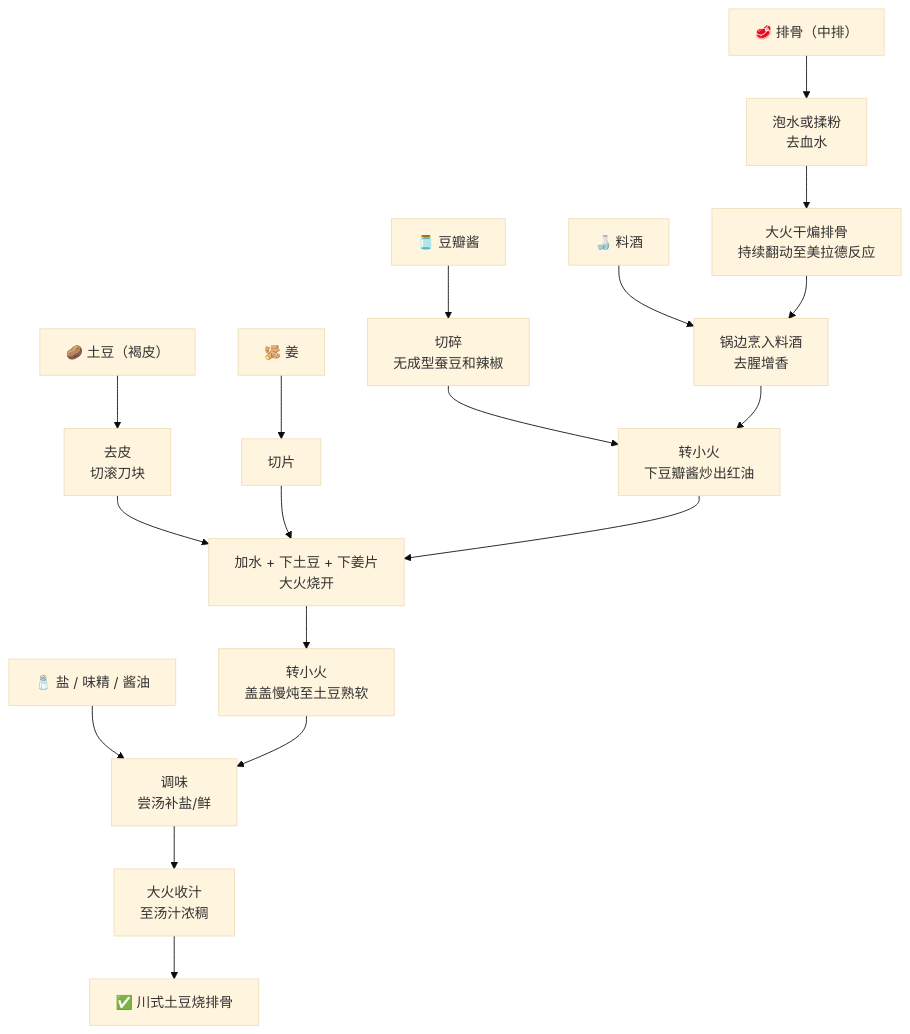
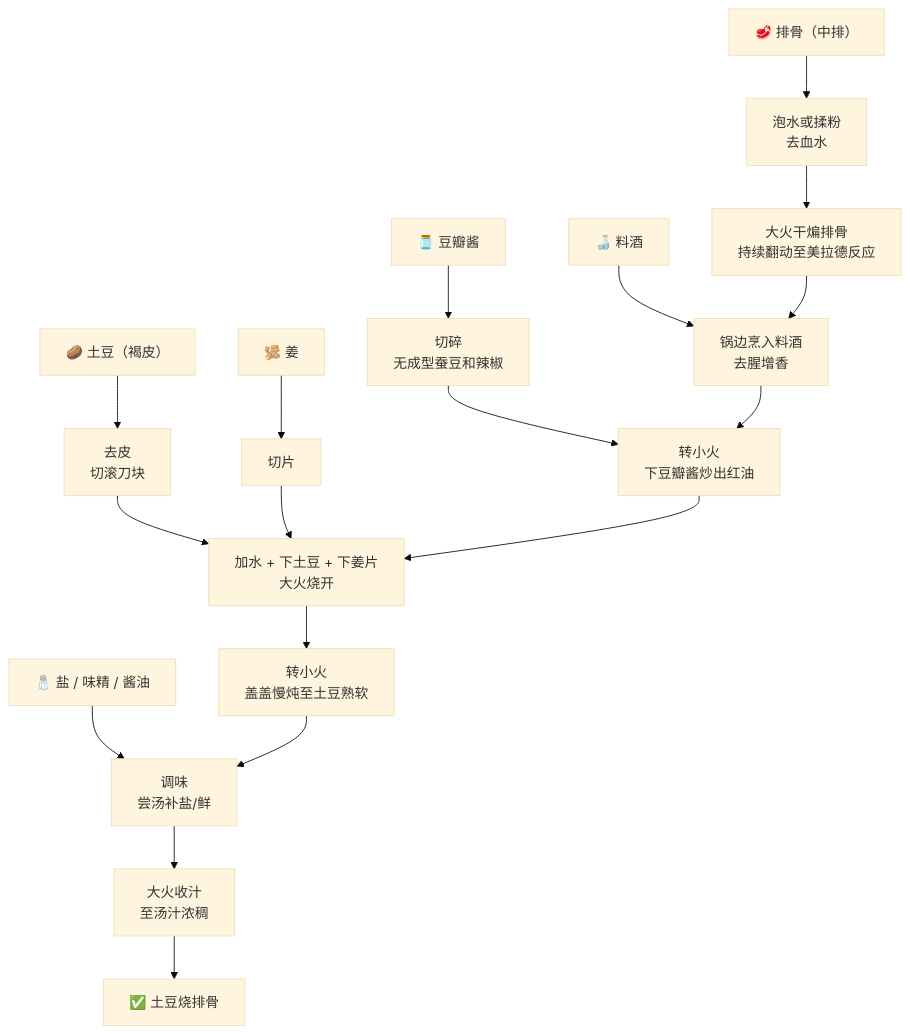
One commit to YoungZ2357/Blog changed the diagram in content/blog/daily/rib-with-potato.zh.md. Above: the diagram before and after it, drawn with Mermaid (base theme). The commit also changed other lines of this file, not shown here.

````diff
--- a/content/blog/daily/rib-with-potato.zh.md
+++ b/content/blog/daily/rib-with-potato.zh.md
@@ -103,34 +103,34 @@
 ```mermaid
 flowchart TD
     排骨["🥩 排骨（中排）"]
     土豆["🥔 土豆（褐皮）"]
     豆瓣酱["🫙 豆瓣酱"]
     姜["🫚 姜"]
     料酒["🍶 料酒"]
     调味料["🧂 盐 / 味精 / 酱油"]
 
     排骨 --> A["泡水或揉粉\n去血水"]
     土豆 --> B["去皮\n切滚刀块"]
     豆瓣酱 --> C["切碎\n无成型蚕豆和辣椒"]
     姜 --> D["切片"]
 
     A --> E["大火干煸排骨\n持续翻动至美拉德反应"]
 
     料酒 --> F["锅边烹入料酒\n去腥增香"]
     E --> F
 
     C --> G["转小火\n下豆瓣酱炒出红油"]
     F --> G
 
     B --> H["加水 + 下土豆 + 下姜片\n大火烧开"]
     D --> H
     G --> H
 
     H --> I["转小火\n盖盖慢炖至土豆熟软"]
 
     调味料 --> J["调味\n尝汤补盐/鲜"]
     I --> J
 
     J --> K["大火收汁\n至汤汁浓稠"]
-    K --> Z["✅ 川式土豆烧排骨"]
+    K --> Z["✅ 土豆烧排骨"]
 ```
````
